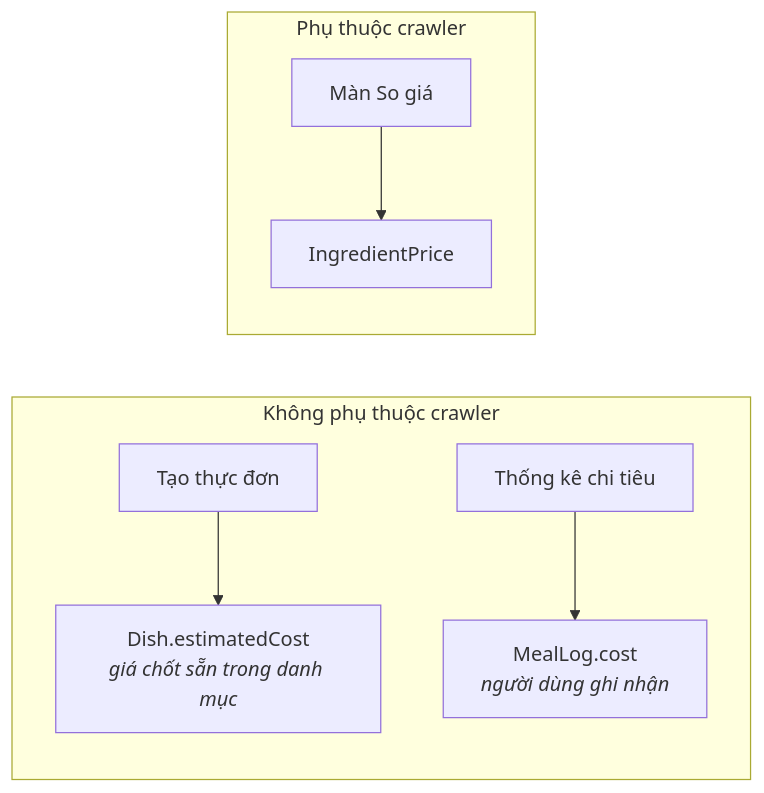
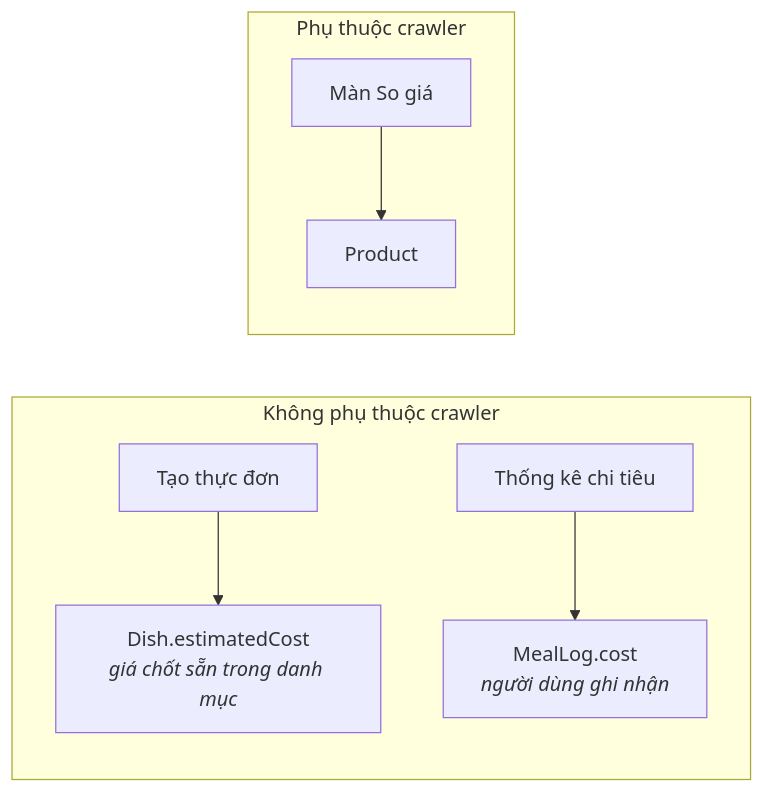
One commit to FlyingFish183/StudentBites changed the third of 3 diagrams in Backend/docs/06-crawler.md. Above: the diagram before and after it, drawn with Mermaid. The commit also changed other lines of this file and 9 other files, not shown here.

First line of the commit message:
docs: ERD sinh tự động + cập nhật tài liệu theo mô hình mới

````diff
--- a/Backend/docs/06-crawler.md
+++ b/Backend/docs/06-crawler.md
@@ -116,10 +122,10 @@
 ```mermaid
 flowchart LR
     subgraph OK["Không phụ thuộc crawler"]
         A["Tạo thực đơn"] --> B["Dish.estimatedCost<br/><i>giá chốt sẵn trong danh mục</i>"]
         C["Thống kê chi tiêu"] --> D["MealLog.cost<br/><i>người dùng ghi nhận</i>"]
     end
     subgraph DEP["Phụ thuộc crawler"]
-        E["Màn So giá"] --> F["IngredientPrice"]
+        E["Màn So giá"] --> F["Product"]
     end
 ```
````
